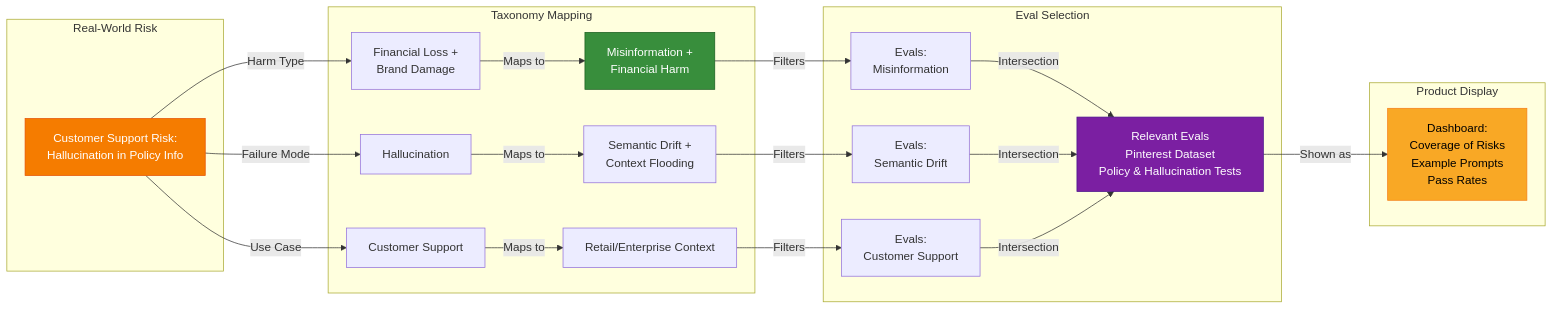
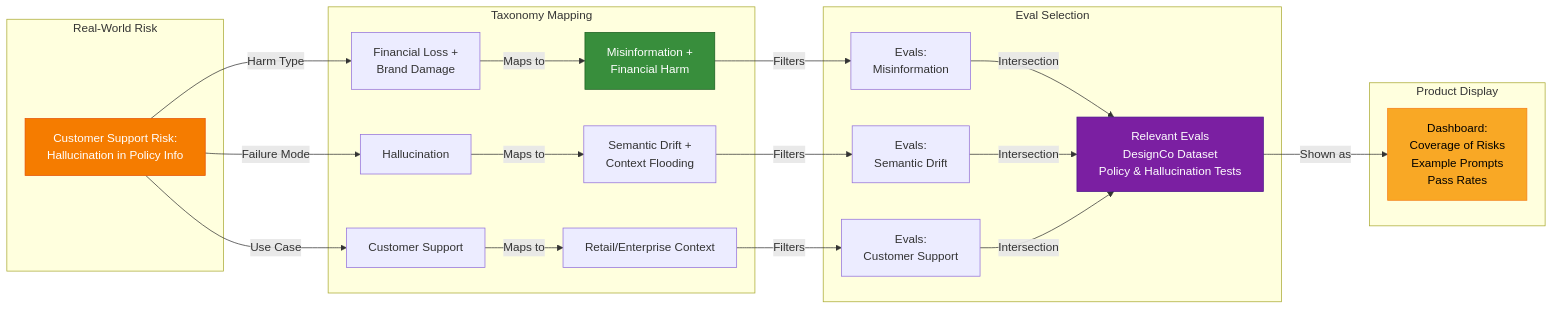
The fifth of 7 diagrams in meta-agent-eval-system/docs/TAXONOMY_VISUALIZATION.md (nikhil-vytla/hatch), drawn with Mermaid before and after one commit. The commit also changed other lines of this file, not shown here.

````diff
--- a/meta-agent-eval-system/docs/TAXONOMY_VISUALIZATION.md
+++ b/meta-agent-eval-system/docs/TAXONOMY_VISUALIZATION.md
@@ -169,35 +169,35 @@
 ```mermaid
 graph LR
     subgraph "Real-World Risk"
         RISK[Customer Support Risk:<br/>Hallucination in Policy Info]
     end
     
     subgraph "Taxonomy Mapping"
         RISK -->|Harm Type| HARM[Financial Loss +<br/>Brand Damage]
         RISK -->|Failure Mode| FAIL[Hallucination]
         RISK -->|Use Case| UC[Customer Support]
         
         HARM -->|Maps to| CAT[Misinformation +<br/>Financial Harm]
         FAIL -->|Maps to| METH[Semantic Drift +<br/>Context Flooding]
         UC -->|Maps to| CTX[Retail/Enterprise Context]
     end
     
     subgraph "Eval Selection"
         CAT -->|Filters| EVALS1[Evals:<br/>Misinformation]
         METH -->|Filters| EVALS2[Evals:<br/>Semantic Drift]
         CTX -->|Filters| EVALS3[Evals:<br/>Customer Support]
         
-        EVALS1 -->|Intersection| FINAL[Relevant Evals<br/>Pinterest Dataset<br/>Policy & Hallucination Tests]
+        EVALS1 -->|Intersection| FINAL[Relevant Evals<br/>DesignCo Dataset<br/>Policy & Hallucination Tests]
         EVALS2 -->|Intersection| FINAL
         EVALS3 -->|Intersection| FINAL
     end
     
     subgraph "Product Display"
         FINAL -->|Shown as| DISPLAY[Dashboard:<br/>Coverage of Risks<br/>Example Prompts<br/>Pass Rates]
     end
     
     style RISK fill:#f57c00,stroke:#e65100,color:#fff
     style CAT fill:#388e3c,stroke:#1b5e20,color:#fff
     style FINAL fill:#7b1fa2,stroke:#4a148c,color:#fff
     style DISPLAY fill:#f9a825,stroke:#f57f17,color:#000
 ```
````
